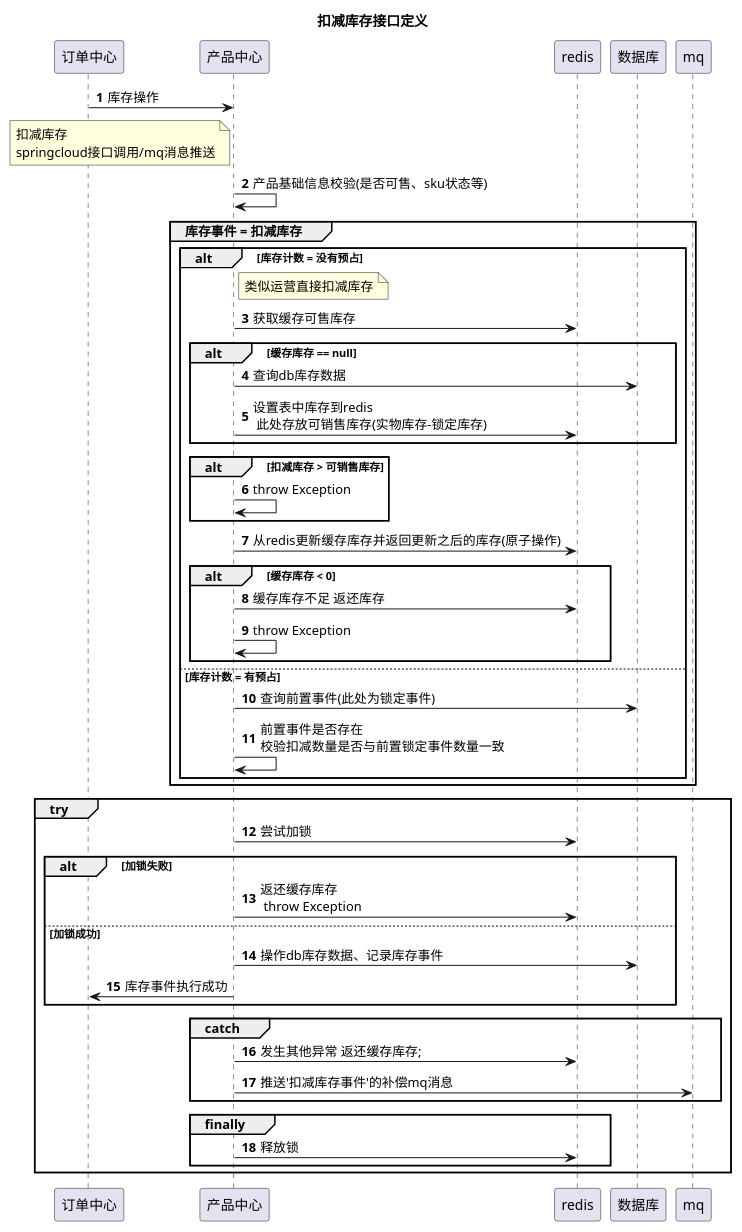
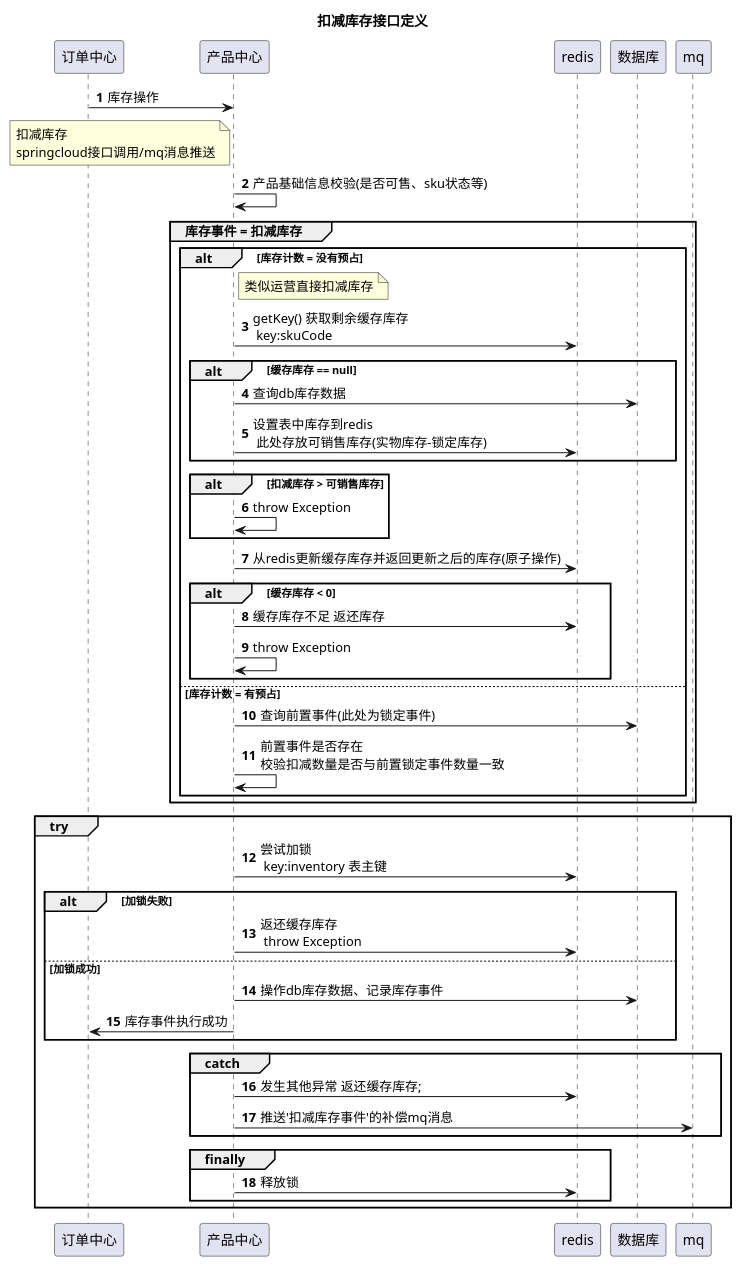
The diagram in src/main/resources/plantuml/nh/inventory/confirm_inventroy.puml (learnxin/testdemo), drawn with PlantUML before and after one commit. The commit also changed 2 other files, not shown here.

Commit message:
inventory puml

```diff
--- a/src/main/resources/plantuml/nh/inventory/confirm_inventroy.puml
+++ b/src/main/resources/plantuml/nh/inventory/confirm_inventroy.puml
@@ -1,58 +1,58 @@
 @startuml
 title 扣减库存接口定义
 
 autonumber
 participant "订单中心" as vc
 participant "产品中心" as cpm
 participant "redis" as redis
 participant "数据库" as db
 
 vc -> cpm: 库存操作
 note left of cpm:扣减库存 \nspringcloud接口调用/mq消息推送
 
 
 cpm -> cpm: 产品基础信息校验(是否可售、sku状态等)
 group  库存事件 = 扣减库存
     alt 库存计数 = 没有预占
         note right of cpm:类似运营直接扣减库存
-        cpm -> redis : 获取缓存可售库存
+        cpm -> redis: getKey() 获取剩余缓存库存\n key:skuCode
             alt 缓存库存 == null
             cpm -> db :查询db库存数据
             cpm -> redis:  设置表中库存到redis \n 此处存放可销售库存(实物库存-锁定库存)
             end
             alt 扣减库存 > 可销售库存
                 cpm -> cpm : throw Exception
             end
             cpm -> redis: 从redis更新缓存库存并返回更新之后的库存(原子操作)
             alt 缓存库存 < 0
             cpm -> redis: 缓存库存不足 返还库存
             cpm->cpm :throw Exception
             end
     else 库存计数 = 有预占
         cpm -> db : 查询前置事件(此处为锁定事件)
         cpm -> cpm : 前置事件是否存在\n校验扣减数量是否与前置锁定事件数量一致
     end
 
 
 end
 
 group try
 'cpm->cpm:// 尝试加锁\nboolean isLocked = lock.tryLock(500, 1000, TimeUnit.MILLISECONDS);\n//    加锁失败 返还名额 throw ex\n        if (!isLocked) {\n                         cacheManager.atomicGetAndAdd(key, -num);\n                         throw new VcRpcException(CommonResponseCode.LockFailure);\n                     }        \n                     // 更新课程剩余名额\n                     trainDo.setScale(scale);\n                     trainService.updateTrain(trainDo, clientInfo);
-cpm->redis:尝试加锁
+cpm->redis:尝试加锁 \n key:inventory 表主键
     alt 加锁失败
         cpm -> redis:返还缓存库存 \n throw Exception
     else 加锁成功
         cpm -> db :操作db库存数据、记录库存事件
         cpm -> vc :库存事件执行成功
     end
     group catch
         cpm -> redis: 发生其他异常 返还缓存库存;
         cpm -> mq : 推送'扣减库存事件'的补偿mq消息
     end
 
     group finally
         cpm -> redis: 释放锁
     end
 end
 
 @enduml
```
